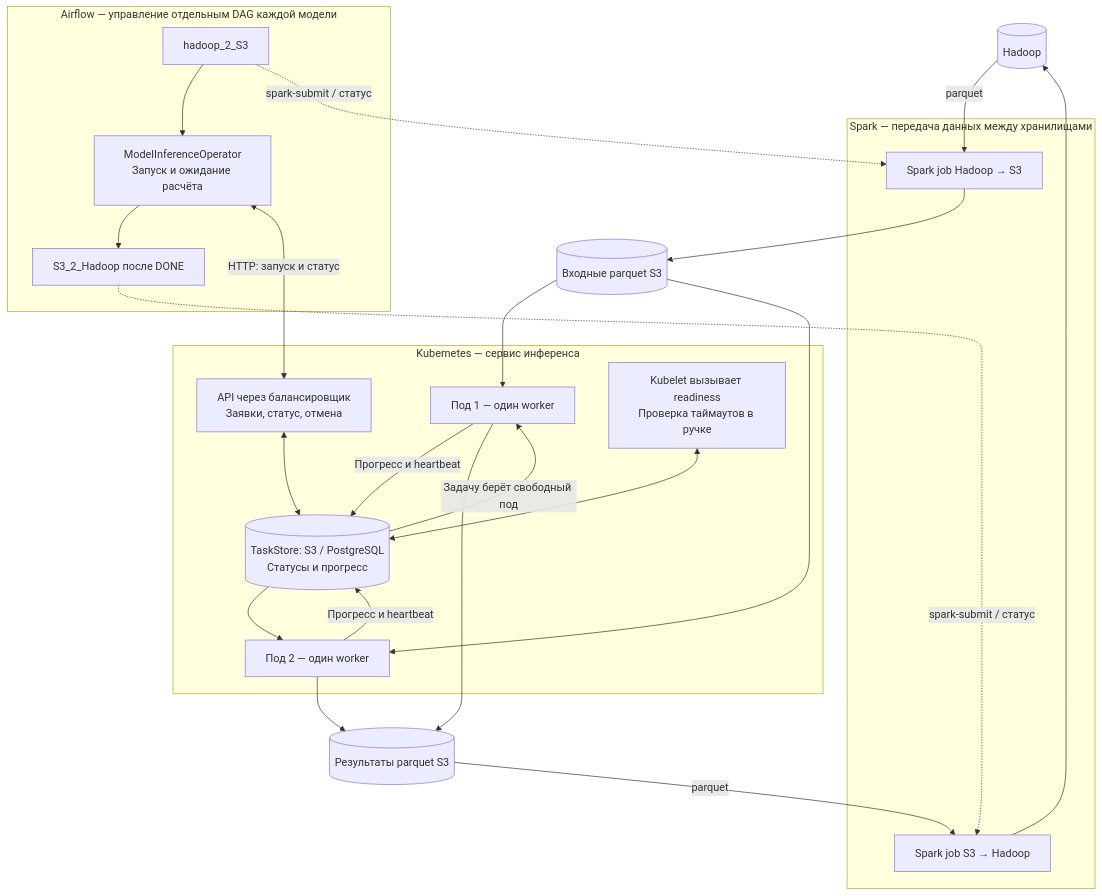
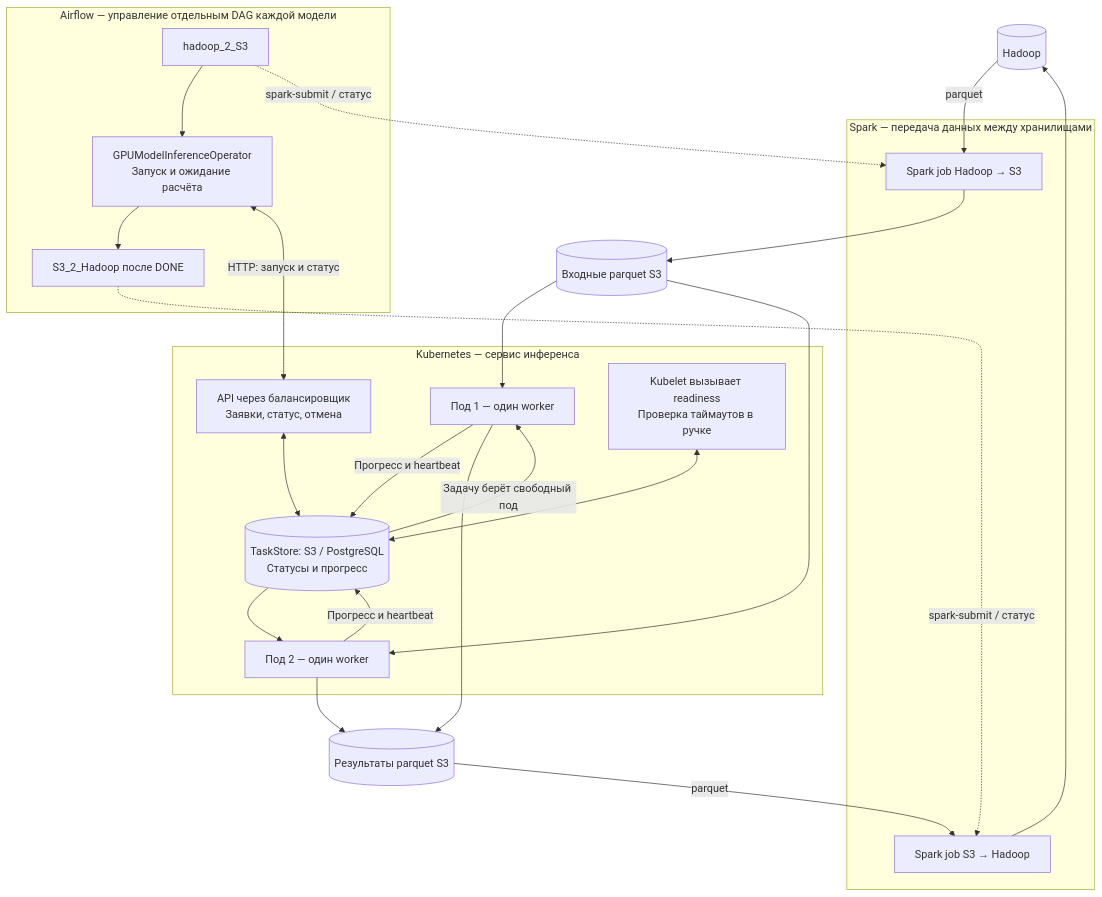
The first of 4 diagrams in docs/inference-architecture.md (blm47/fmcd_models_inference_service), drawn with Mermaid before and after one commit. The commit also changed other lines of this file and 44 other files, not shown here.

````diff
--- a/docs/inference-architecture.md
+++ b/docs/inference-architecture.md
@@ -17,35 +17,35 @@
 ```mermaid
 flowchart TB
     H[("Hadoop")]
     IN[("Входные parquet S3")]
     OUT[("Результаты parquet S3")]
     subgraph AF["Airflow — управление отдельным DAG каждой модели"]
         E["hadoop_2_S3"]
-        OP["ModelInferenceOperator<br/>Запуск и ожидание расчёта"]
+        OP["GPUModelInferenceOperator<br/>Запуск и ожидание расчёта"]
         R["S3_2_Hadoop после DONE"]
         E --> OP --> R
     end
     subgraph SP["Spark — передача данных между хранилищами"]
         JOBIN["Spark job Hadoop → S3"]
         JOBOUT["Spark job S3 → Hadoop"]
     end
     E -.->|"spark-submit / статус"| JOBIN
     R -.->|"spark-submit / статус"| JOBOUT
     H -->|"parquet"| JOBIN --> IN
     OUT -->|"parquet"| JOBOUT --> H
     subgraph K["Kubernetes — сервис инференса"]
         API["API через балансировщик<br/>Заявки, статус, отмена"]
         Q[("TaskStore: S3 / PostgreSQL<br/>Статусы и прогресс")]
         P1["Под 1 — один worker"]
         P2["Под 2 — один worker"]
         M["Kubelet вызывает readiness<br/>Проверка таймаутов в ручке"]
         API <--> Q
         Q -->|"Задачу берёт свободный под"| P1
         Q --> P2
         P1 & P2 -->|"Прогресс и heartbeat"| Q
         M <--> Q
     end
     OP <-->|"HTTP: запуск и статус"| API
     IN --> P1 & P2
     P1 & P2 --> OUT
 ```
````
